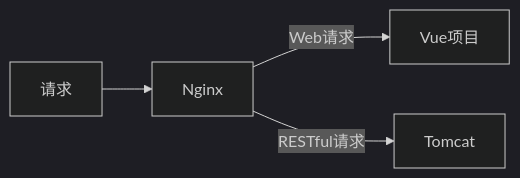
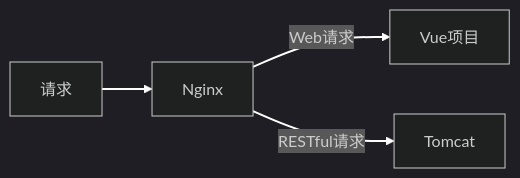
The second of 2 diagrams in source/_posts/TodoList-Starting.md (discko/discko.github.io), drawn with Mermaid (dark theme) before and after one commit. The commit also changed 1 other file, not shown here.

Commit message:
update TodoList-Starting. enhance lines in flowchart

````diff
--- a/source/_posts/TodoList-Starting.md
+++ b/source/_posts/TodoList-Starting.md
@@ -42,6 +42,7 @@
 ```mermaid
 graph LR
 请求-->B[Nginx]
 B--Web请求-->Vue项目
 B--RESTful请求-->Tomcat
+linkStyle default stroke:#fff,stroke-width:2px
 ```
````
